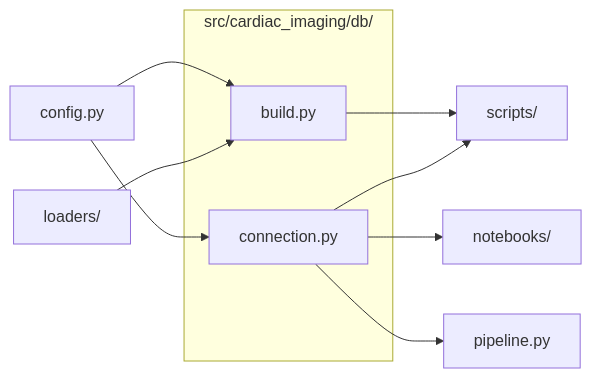
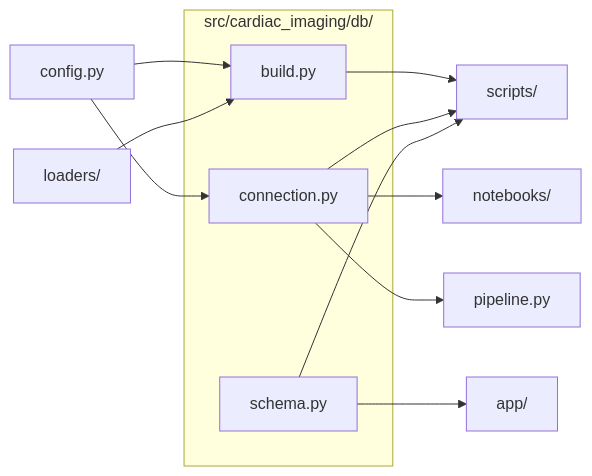
One commit to drsanjna/cardiac-imaging-medicare changed the first of 2 diagrams in src/cardiac_imaging/db/README.md. Above: the diagram before and after it, drawn with Mermaid. The commit also changed other lines of this file and 62 other files, not shown here.

````diff
--- a/src/cardiac_imaging/db/README.md
+++ b/src/cardiac_imaging/db/README.md
@@ -11,19 +11,23 @@
 ```mermaid
 flowchart LR
   subgraph here["src/cardiac_imaging/db/"]
     n_build_py["build.py"]
     n_connection_py["connection.py"]
+    n_schema_py["schema.py"]
   end
+  n_app_["app/"]
   n_config_py["config.py"]
   n_loaders_["loaders/"]
   n_notebooks_["notebooks/"]
   n_pipeline_py["pipeline.py"]
   n_scripts_["scripts/"]
   n_build_py --> n_scripts_
   n_config_py --> n_build_py
   n_config_py --> n_connection_py
   n_connection_py --> n_notebooks_
   n_connection_py --> n_pipeline_py
   n_connection_py --> n_scripts_
   n_loaders_ --> n_build_py
+  n_schema_py --> n_app_
+  n_schema_py --> n_scripts_
 ```
````
